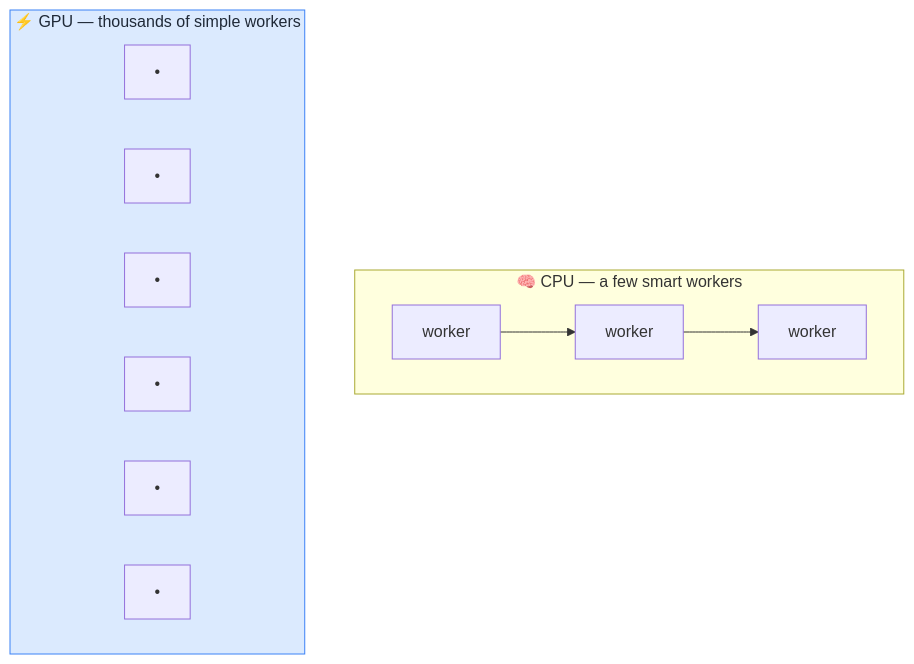
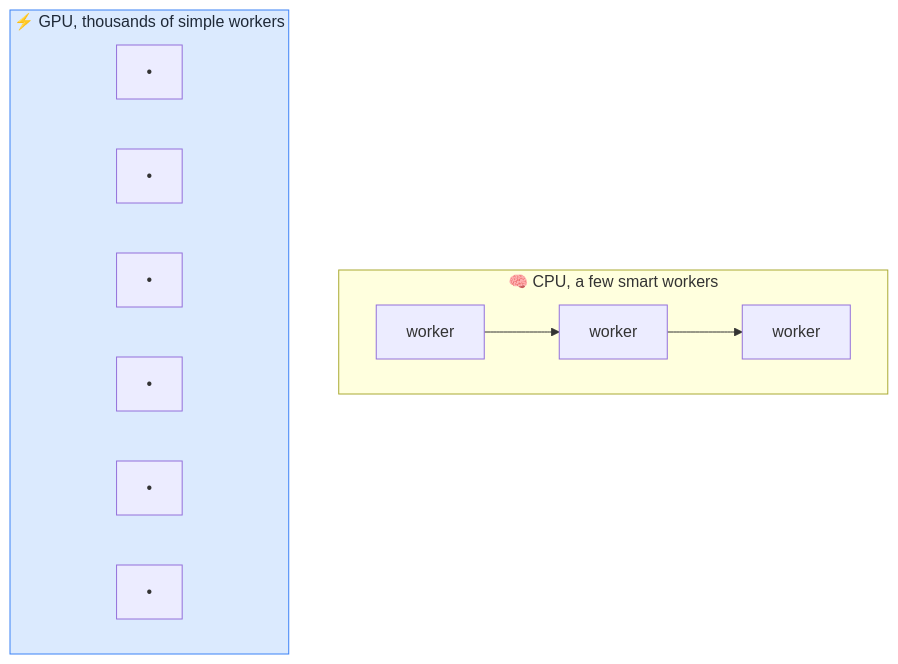
One commit to behnia137/ai-for-beginners-visual changed the diagram in concepts/gpu.md. Above: the diagram before and after it, drawn with Mermaid. The commit also changed other lines of this file and 34 other files, not shown here.

````diff
--- a/concepts/gpu.md
+++ b/concepts/gpu.md
@@ -7,11 +7,11 @@
 ```mermaid
 flowchart TB
-    subgraph CPU["🧠 CPU — a few smart workers"]
+    subgraph CPU["🧠 CPU, a few smart workers"]
     C1["worker"] --> C2["worker"] --> C3["worker"]
     end
-    subgraph GPU["⚡ GPU — thousands of simple workers"]
+    subgraph GPU["⚡ GPU, thousands of simple workers"]
     direction LR
     G1["•"] & G2["•"] & G3["•"] & G4["•"] & G5["•"] & G6["•"]
     end
     style GPU fill:#dbeafe,stroke:#3b82f6,color:#1f2937
 ```
````
